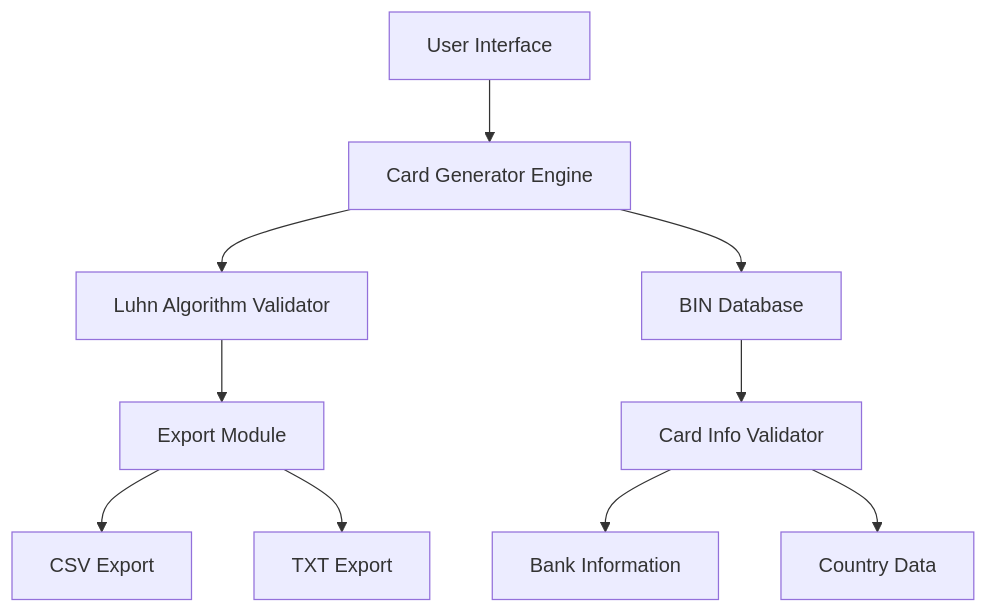
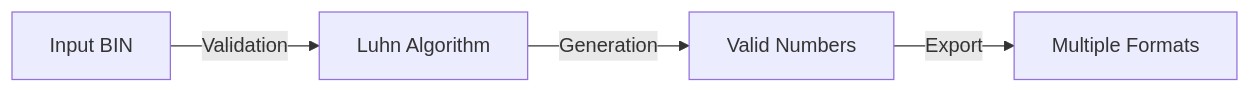
The diagram in README.md (mat1520/Credit-Card-Gen-Luhn), drawn with Mermaid before and after one commit. The commit also changed other lines of this file and 8 other files, not shown here.

````diff
--- a/README.md
+++ b/README.md
@@ -17,12 +59,6 @@
 ```mermaid
-graph TD
-    A[User Interface] --> B[Card Generator Engine]
-    B --> C[Luhn Algorithm Validator]
-    B --> D[BIN Database]
-    C --> E[Export Module]
-    D --> F[Card Info Validator]
-    E --> G[CSV Export]
-    E --> H[TXT Export]
-    F --> I[Bank Information]
-    F --> J[Country Data]
+graph LR
+    A[Input BIN] -->|Validation| B[Luhn Algorithm]
+    B -->|Generation| C[Valid Numbers]
+    C -->|Export| D[Multiple Formats]
 ```
````
